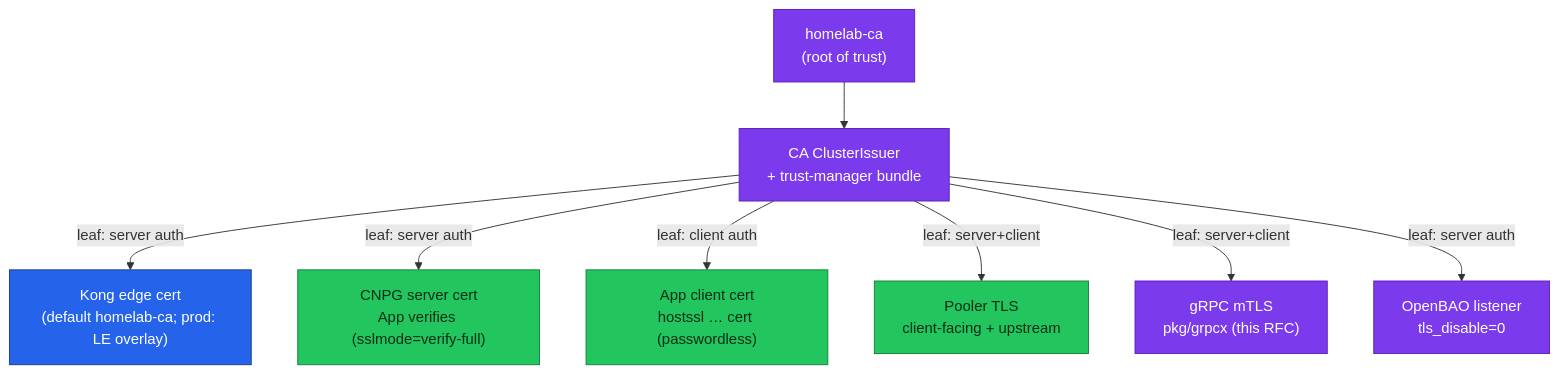
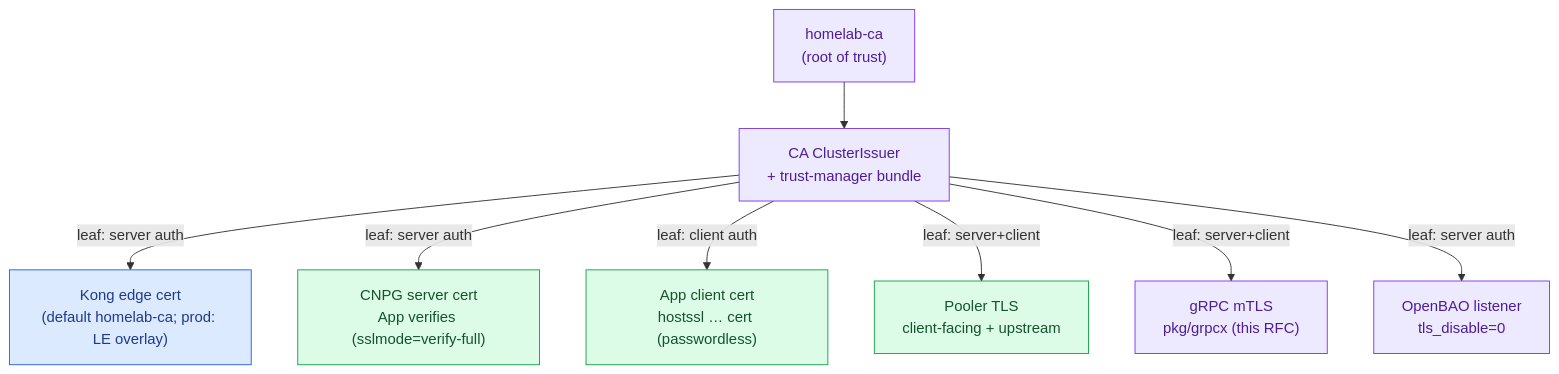
Before and after one commit to duynhlab/homelab: the first of 2 diagrams in docs/proposals/rfc/RFC-0020/research.md, drawn with Mermaid. The commit also changed 174 other files, not shown here.

First line of the commit message:
Soft-tint diagram palette, a signal-flow diagram, a Linux-ready Draw.io skill

````diff
--- a/docs/proposals/rfc/RFC-0020/research.md
+++ b/docs/proposals/rfc/RFC-0020/research.md
@@ -122,16 +122,16 @@
 ```mermaid
 flowchart TD
   root["homelab-ca<br/>(root of trust)"]
   root --> issuer["CA ClusterIssuer<br/>+ trust-manager bundle"]
   issuer -->|"leaf: server auth"| edge["Kong edge cert<br/>(default homelab-ca; prod: LE overlay)"]
   issuer -->|"leaf: server auth"| dbsrv["CNPG server cert<br/>App verifies (sslmode=verify-full)"]
   issuer -->|"leaf: client auth"| dbcli["App client cert<br/>hostssl … cert (passwordless)"]
   issuer -->|"leaf: server+client"| pool["Pooler TLS<br/>client-facing + upstream"]
   issuer -->|"leaf: server+client"| grpc["gRPC mTLS<br/>pkg/grpcx (this RFC)"]
   issuer -->|"leaf: server auth"| bao["OpenBAO listener<br/>tls_disable=0"]
 
-  classDef edge fill:#2563eb,color:#fff,stroke:#1e3a8a;
-  classDef data fill:#22c55e,color:#052e16,stroke:#15803d;
-  classDef platform fill:#7c3aed,color:#fff,stroke:#5b21b6;
+  classDef edge fill:#dbeafe,color:#1e3a8a,stroke:#2563eb;
+  classDef data fill:#dcfce7,color:#14532d,stroke:#16a34a;
+  classDef platform fill:#ede9fe,color:#4c1d95,stroke:#7c3aed;
   class root,issuer platform; class edge edge; class dbsrv,dbcli,pool data; class grpc,bao platform;
 ```
````
